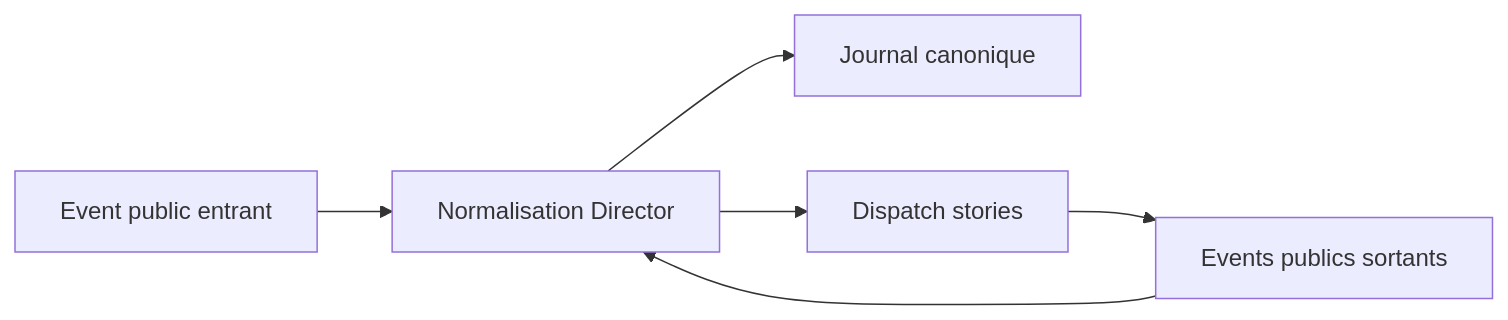
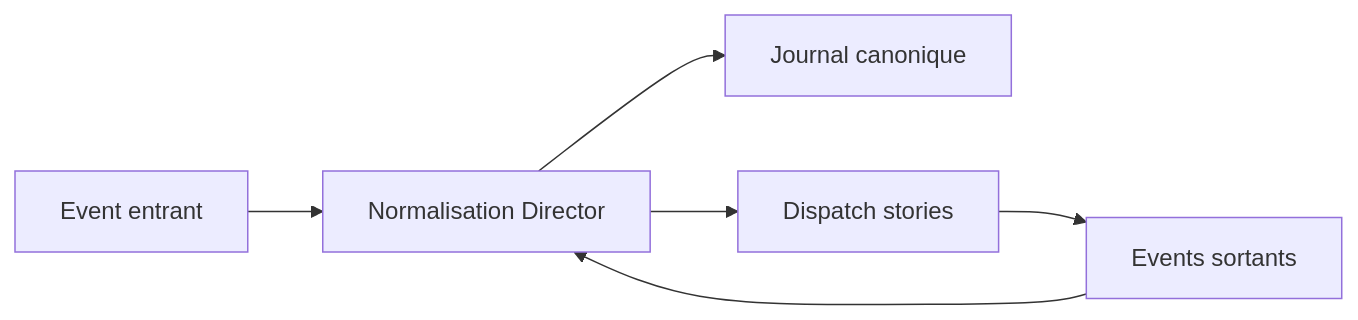
The diagram in evolution/formalisation-modele/03-event-model.md (vitreene/codplay), drawn with Mermaid before and after one commit. The commit also changed other lines of this file and 30 other files, not shown here.

````diff
--- a/evolution/formalisation-modele/03-event-model.md
+++ b/evolution/formalisation-modele/03-event-model.md
@@ -113,8 +118,8 @@
 ```mermaid
 flowchart LR
-  IN[Event public entrant] --> N[Normalisation Director]
+  IN[Event entrant] --> N[Normalisation Director]
   N --> J[Journal canonique]
   N --> D[Dispatch stories]
-  D --> OUT[Events publics sortants]
+  D --> OUT[Events sortants]
   OUT --> N
 ```
````
